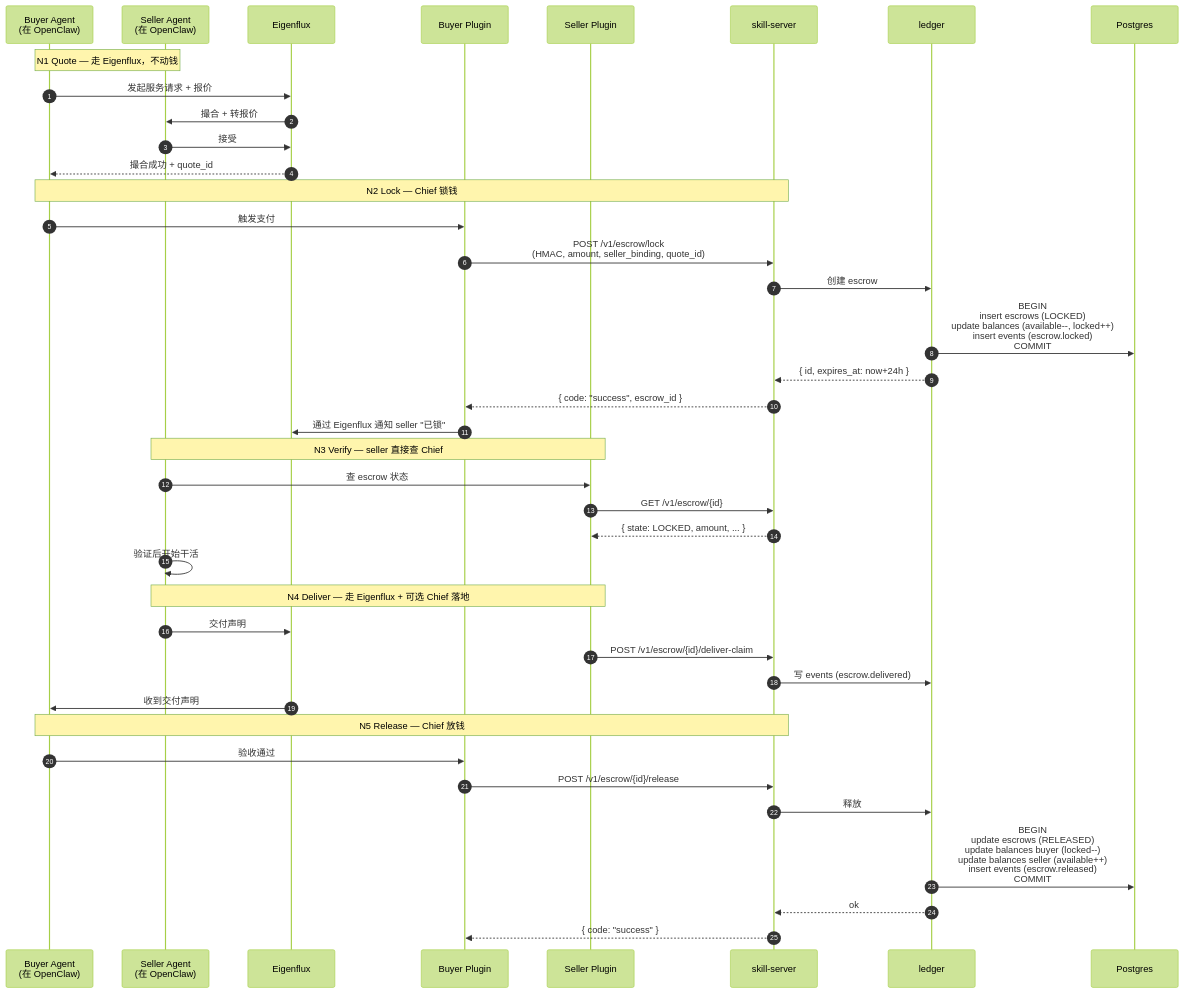
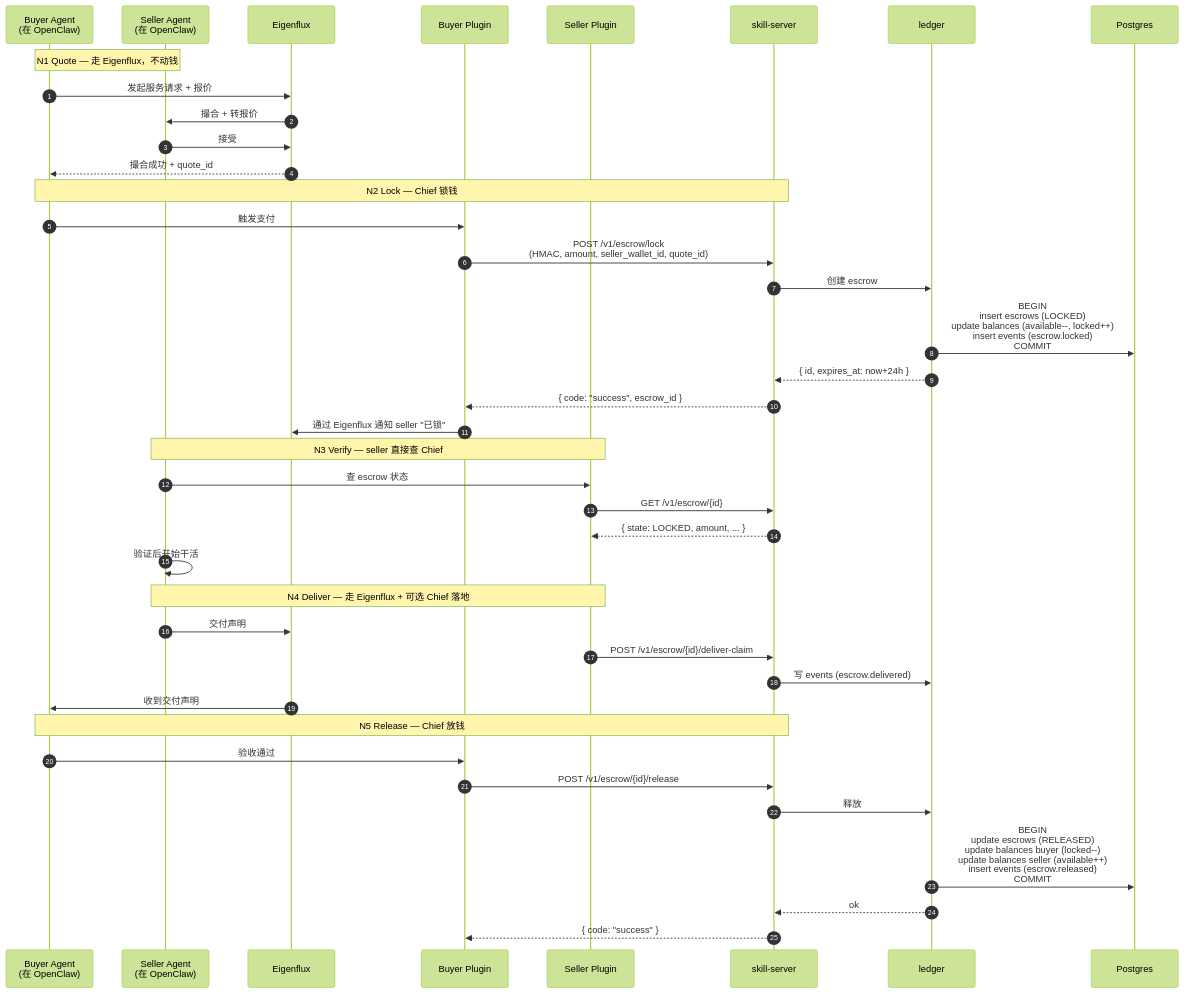
Before and after one commit to arthurxuwei/OntologyAgent: the fifth of 7 diagrams in docs/architecture/04-flows.md, drawn with Mermaid (forest theme). The commit also changed other lines of this file and 7 other files, not shown here.

````diff
--- a/docs/architecture/04-flows.md
+++ b/docs/architecture/04-flows.md
@@ -292,47 +292,47 @@
 ```mermaid
 sequenceDiagram
     autonumber
     participant BAgent as Buyer Agent<br/>(在 OpenClaw)
     participant SAgent as Seller Agent<br/>(在 OpenClaw)
     participant EFX as Eigenflux
     participant BPlugin as Buyer Plugin
     participant SPlugin as Seller Plugin
     participant SS as skill-server
     participant LDG as ledger
     participant PG as Postgres
 
     Note over BAgent,SAgent: N1 Quote — 走 Eigenflux，不动钱
     BAgent->>EFX: 发起服务请求 + 报价
     EFX->>SAgent: 撮合 + 转报价
     SAgent->>EFX: 接受
     EFX-->>BAgent: 撮合成功 + quote_id
 
     Note over BAgent,SS: N2 Lock — Chief 锁钱
     BAgent->>BPlugin: 触发支付
-    BPlugin->>SS: POST /v1/escrow/lock<br/>(HMAC, amount, seller_binding, quote_id)
+    BPlugin->>SS: POST /v1/escrow/lock<br/>(HMAC, amount, seller_wallet_id, quote_id)
     SS->>LDG: 创建 escrow
     LDG->>PG: BEGIN<br/>insert escrows (LOCKED)<br/>update balances (available--, locked++)<br/>insert events (escrow.locked)<br/>COMMIT
     LDG-->>SS: { id, expires_at: now+24h }
     SS-->>BPlugin: { code: "success", escrow_id }
     BPlugin->>EFX: 通过 Eigenflux 通知 seller "已锁"
 
     Note over SAgent,SPlugin: N3 Verify — seller 直接查 Chief
     SAgent->>SPlugin: 查 escrow 状态
     SPlugin->>SS: GET /v1/escrow/{id}
     SS-->>SPlugin: { state: LOCKED, amount, ... }
     SAgent->>SAgent: 验证后开始干活
 
     Note over SAgent,SPlugin: N4 Deliver — 走 Eigenflux + 可选 Chief 落地
     SAgent->>EFX: 交付声明
     SPlugin->>SS: POST /v1/escrow/{id}/deliver-claim
     SS->>LDG: 写 events (escrow.delivered)
     EFX->>BAgent: 收到交付声明
 
     Note over BAgent,SS: N5 Release — Chief 放钱
     BAgent->>BPlugin: 验收通过
     BPlugin->>SS: POST /v1/escrow/{id}/release
     SS->>LDG: 释放
     LDG->>PG: BEGIN<br/>update escrows (RELEASED)<br/>update balances buyer (locked--)<br/>update balances seller (available++)<br/>insert events (escrow.released)<br/>COMMIT
     LDG-->>SS: ok
     SS-->>BPlugin: { code: "success" }
 ```
````
